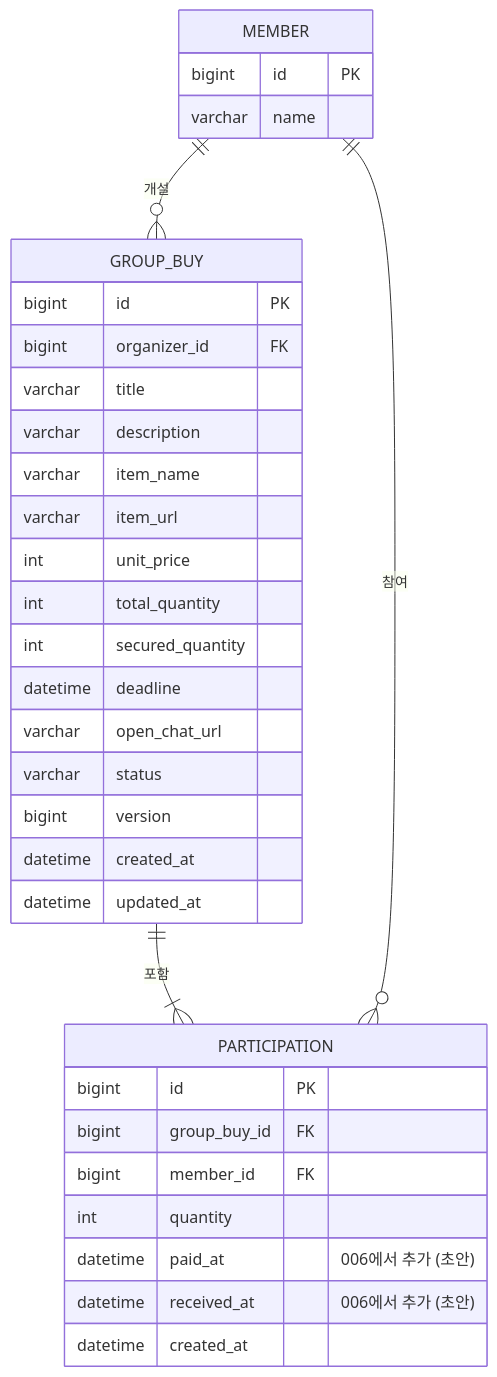
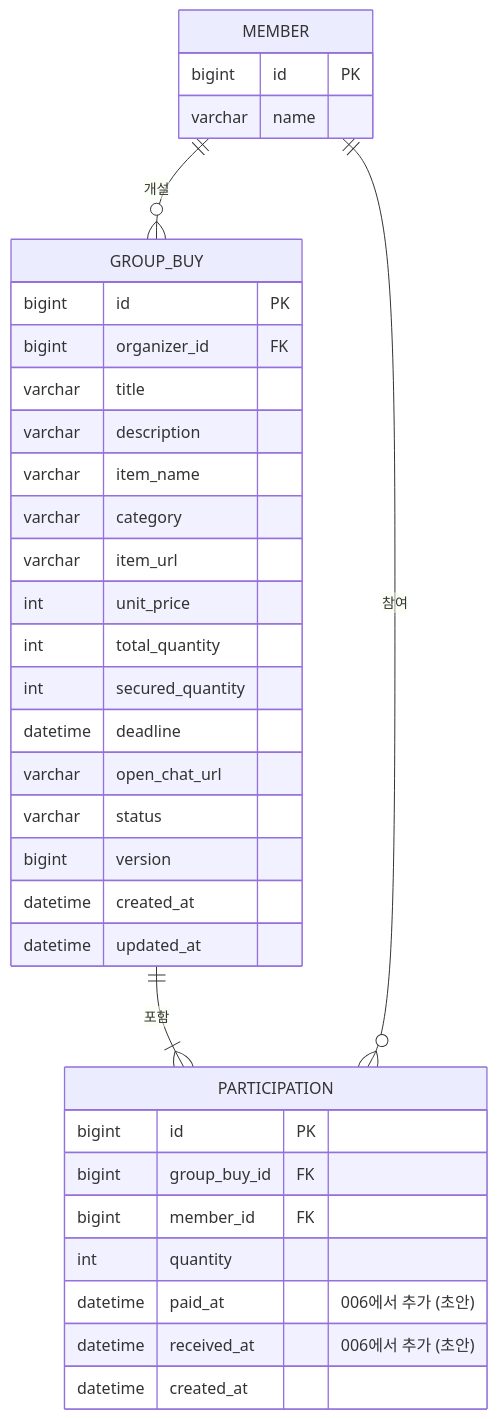
One commit to SongSeungYun/camgong changed the first of 2 diagrams in docs/domain.md. Above: the diagram before and after it, drawn with Mermaid. The commit also changed other lines of this file and 11 other files, not shown here.

````diff
--- a/docs/domain.md
+++ b/docs/domain.md
@@ -36,36 +37,37 @@
 ```mermaid
 erDiagram
     MEMBER ||--o{ GROUP_BUY : "개설"
     GROUP_BUY ||--|{ PARTICIPATION : "포함"
     MEMBER ||--o{ PARTICIPATION : "참여"
     MEMBER {
         bigint id PK
         varchar name
     }
     GROUP_BUY {
         bigint id PK
         bigint organizer_id FK
         varchar title
         varchar description
         varchar item_name
+        varchar category
         varchar item_url
         int unit_price
         int total_quantity
         int secured_quantity
         datetime deadline
         varchar open_chat_url
         varchar status
         bigint version
         datetime created_at
         datetime updated_at
     }
     PARTICIPATION {
         bigint id PK
         bigint group_buy_id FK
         bigint member_id FK
         int quantity
         datetime paid_at "006에서 추가 (초안)"
         datetime received_at "006에서 추가 (초안)"
         datetime created_at
     }
 ```
````
